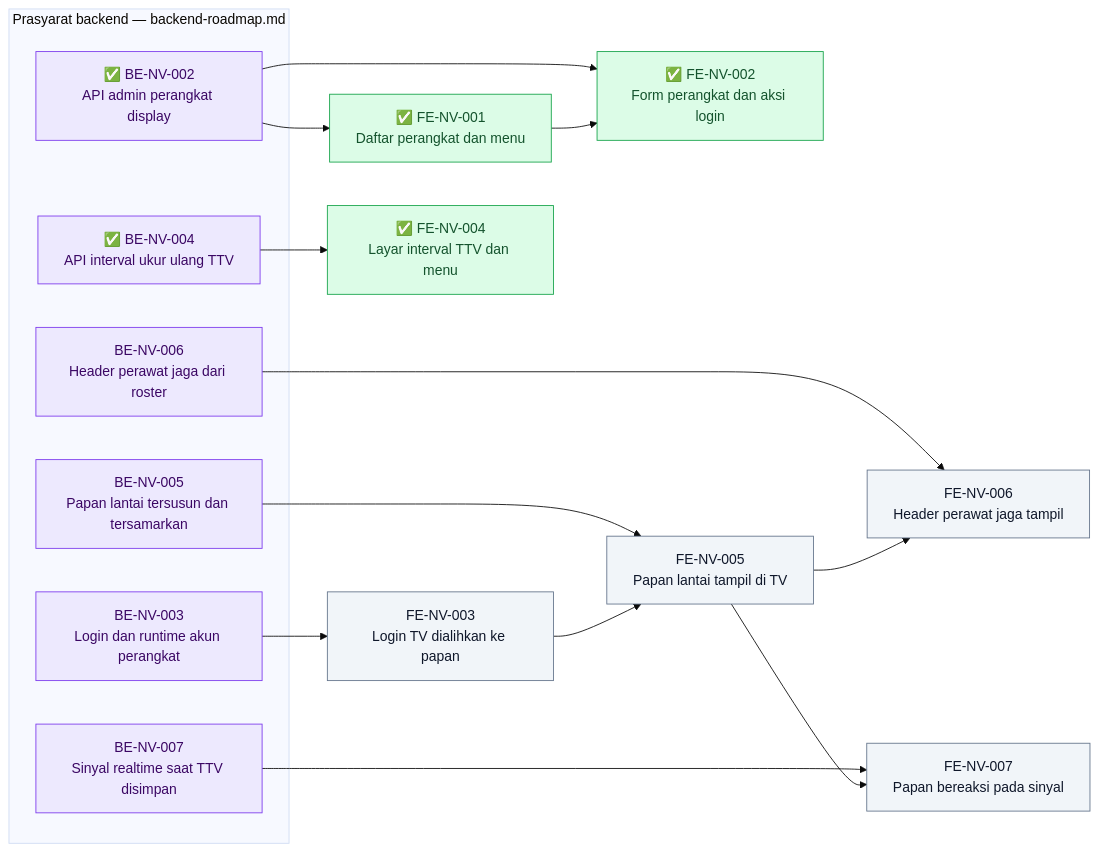
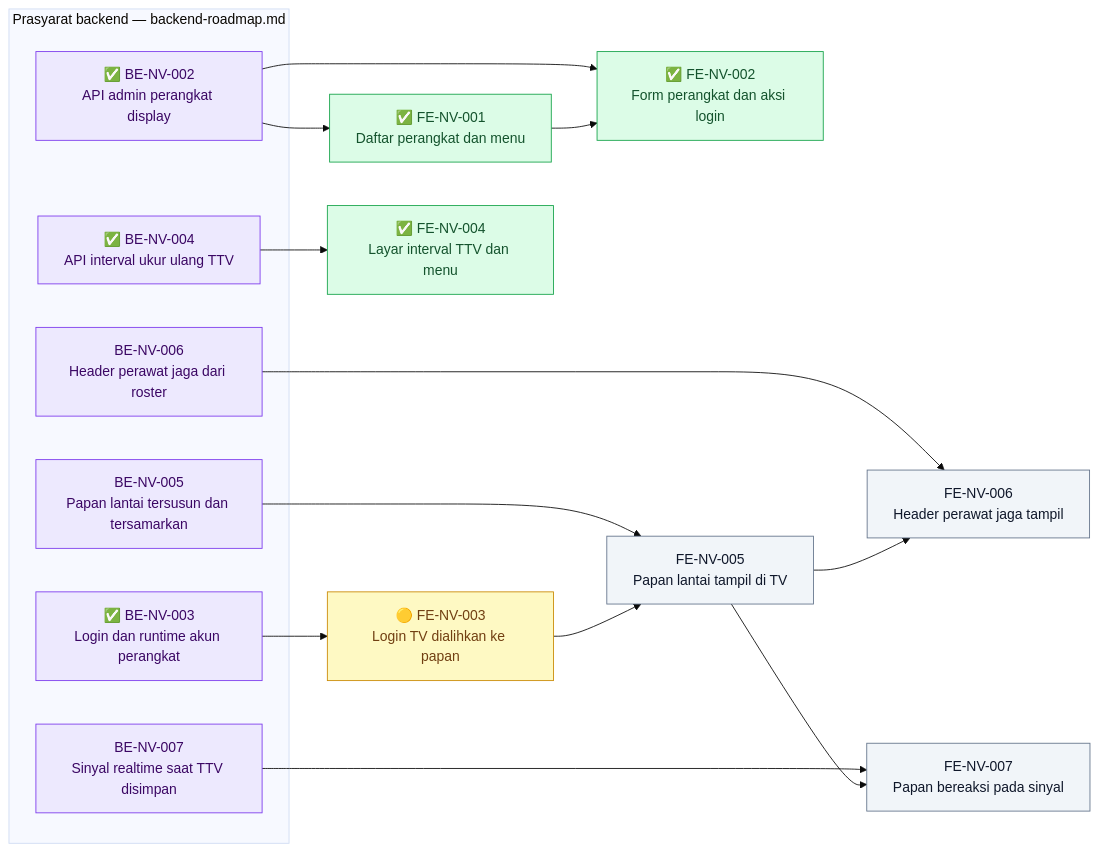
Before and after one commit to DevBenari/NewQuilvianSystemBackend: the diagram in docs/module-blueprints/nurse-view/roadmap/frontend-roadmap.md, drawn with Mermaid (base theme). The commit also changed other lines of this file and 9 other files, not shown here.

````diff
--- a/docs/module-blueprints/nurse-view/roadmap/frontend-roadmap.md
+++ b/docs/module-blueprints/nurse-view/roadmap/frontend-roadmap.md
@@ -20,37 +20,37 @@
 ```mermaid
 flowchart LR
     classDef selesai fill:#DCFCE7,stroke:#16A34A,color:#14532D
     classDef sebagian fill:#FEF9C3,stroke:#CA8A04,color:#713F12
     classDef terblokir fill:#FEE2E2,stroke:#DC2626,color:#7F1D1D
     classDef belum fill:#F1F5F9,stroke:#64748B,color:#0F172A
     classDef luar fill:#EDE9FE,stroke:#7C3AED,color:#3B0764
 
     subgraph backend["Prasyarat backend — backend-roadmap.md"]
         BENV002["✅ BE-NV-002<br/>API admin perangkat display"]:::luar
-        BENV003["BE-NV-003<br/>Login dan runtime akun perangkat"]:::luar
+        BENV003["✅ BE-NV-003<br/>Login dan runtime akun perangkat"]:::luar
         BENV004["✅ BE-NV-004<br/>API interval ukur ulang TTV"]:::luar
         BENV005["BE-NV-005<br/>Papan lantai tersusun dan tersamarkan"]:::luar
         BENV006["BE-NV-006<br/>Header perawat jaga dari roster"]:::luar
         BENV007["BE-NV-007<br/>Sinyal realtime saat TTV disimpan"]:::luar
     end
 
     FENV001["✅ FE-NV-001<br/>Daftar perangkat dan menu"]:::selesai
     FENV002["✅ FE-NV-002<br/>Form perangkat dan aksi login"]:::selesai
-    FENV003["FE-NV-003<br/>Login TV dialihkan ke papan"]:::belum
+    FENV003["🟡 FE-NV-003<br/>Login TV dialihkan ke papan"]:::sebagian
     FENV004["✅ FE-NV-004<br/>Layar interval TTV dan menu"]:::selesai
     FENV005["FE-NV-005<br/>Papan lantai tampil di TV"]:::belum
     FENV006["FE-NV-006<br/>Header perawat jaga tampil"]:::belum
     FENV007["FE-NV-007<br/>Papan bereaksi pada sinyal"]:::belum
 
     BENV002 --> FENV001
     BENV002 --> FENV002
     FENV001 --> FENV002
     BENV003 --> FENV003
     BENV004 --> FENV004
     BENV005 --> FENV005
     FENV003 --> FENV005
     BENV006 --> FENV006
     FENV005 --> FENV006
     BENV007 --> FENV007
     FENV005 --> FENV007
 ```
````
